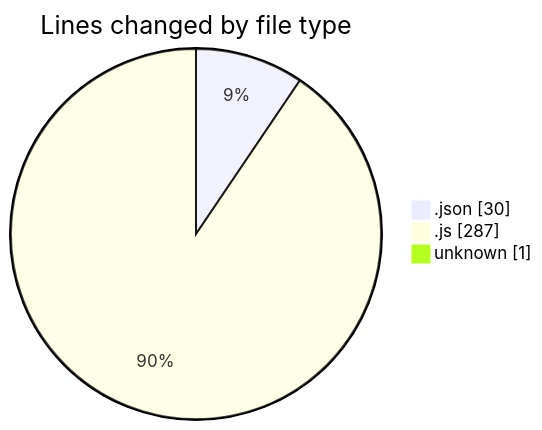
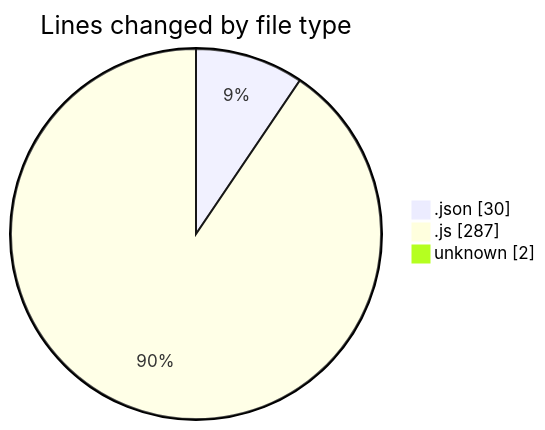
One commit to Ritupan-Deka/code-tracking changed the first of 2 diagrams in 2025-07-16/mern-workoutboard/README.md. Above: the diagram before and after it, drawn with Mermaid. The commit also changed other lines of this file and 1 other file, not shown here.

````diff
--- a/2025-07-16/mern-workoutboard/README.md
+++ b/2025-07-16/mern-workoutboard/README.md
@@ -23,7 +23,7 @@
 ```mermaid
 pie showData
 title Lines changed by file type
 ".json" : 30
 ".js" : 287
-"unknown" : 1
+"unknown" : 2
 ```
````
